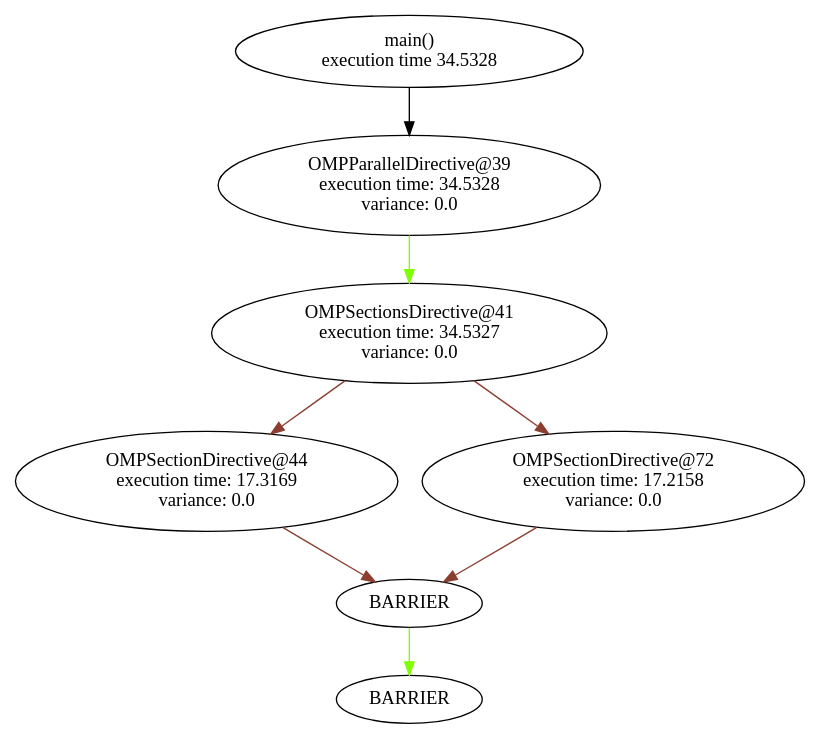
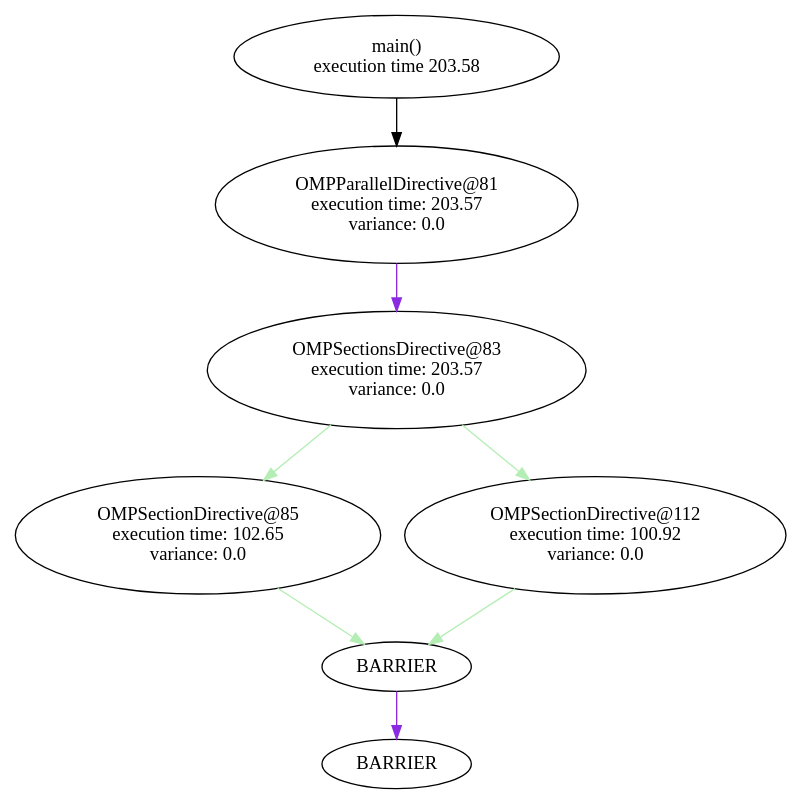
Before and after one commit to filippobrizzi/soma: the diagram in graph_sched/graphs/main_flow.dot, drawn with Graphviz. The commit also changed 50 other files, not shown here.

```diff
--- a/graph_sched/graphs/main_flow.dot
+++ b/graph_sched/graphs/main_flow.dot
@@ -1,52 +1,18 @@
 digraph G {
-	graph [bb="0,0,500,534"];
 	node [label="\N"];
-	35	 [height=0.74639,
-		label="main()\nexecution time 34.5328",
-		pos="250,507",
-		root=35,
-		width=3.0026];
-	39	 [height=1.041,
-		label="OMPParallelDirective@39\nexecution time: 34.5328\nvariance: 0.0",
-		pos="250,406",
-		root=35,
-		width=3.346];
-	35 -> 39	 [pos="e,250,443.63 250,479.99 250,471.91 250,462.75 250,453.72"];
-	41	 [height=1.041,
-		label="OMPSectionsDirective@41\nexecution time: 34.5327\nvariance: 0.0",
-		pos="250,294",
-		root=35,
-		width=3.4507];
-	39 -> 41	 [color=chartreuse,
-		pos="e,250,331.84 250,368.37 250,359.93 250,350.83 250,342.01"];
-	44	 [height=1.041,
-		label="OMPSectionDirective@44\nexecution time: 17.3169\nvariance: 0.0",
-		pos="120,182",
-		root=35,
-		width=3.346];
-	41 -> 44	 [color=coral4,
-		pos="e,160.63,217.38 209.22,258.5 196.28,247.54 181.83,235.32 168.4,223.96"];
-	72	 [height=1.041,
-		label="OMPSectionDirective@72\nexecution time: 17.2158\nvariance: 0.0",
-		pos="380,182",
-		root=35,
-		width=3.346];
-	41 -> 72	 [color=coral4,
-		pos="e,339.37,217.38 290.78,258.5 303.72,247.54 318.17,235.32 331.6,223.96"];
-	"41_end"	 [height=0.5,
-		label=BARRIER,
-		pos="250,90",
-		root=35,
-		width=1.4305];
-	44 -> "41_end"	 [color=coral4,
-		pos="e,227.72,106.42 168.41,147.49 185.42,135.71 204.07,122.8 219.23,112.3"];
-	"39_end"	 [height=0.5,
-		label=BARRIER,
-		pos="250,18",
-		root=35,
-		width=1.4305];
-	"41_end" -> "39_end"	 [color=chartreuse,
-		pos="e,250,36.104 250,71.697 250,63.983 250,54.712 250,46.112"];
-	72 -> "41_end"	 [color=coral4,
-		pos="e,272.28,106.42 331.59,147.49 314.58,135.71 295.93,122.8 280.77,112.3"];
+	graph [bb="0,0,578,582"];
+	62 [label="main()\nexecution time 203.58", root=62, pos="286,551", width="3.3889", height="0.86111"];
+	81 [label="OMPParallelDirective@81\nexecution time: 203.57\nvariance: 0.0", root=62, pos="286,440", width="3.7778", height="1.2222"];
+	83 [label="OMPSectionsDirective@83\nexecution time: 203.57\nvariance: 0.0", root=62, pos="286,316", width="3.9444", height="1.2222"];
+	85 [label="OMPSectionDirective@85\nexecution time: 102.65\nvariance: 0.0", root=62, pos="137,192", width="3.8056", height="1.2222"];
+	"83_end" [label=BARRIER, root=62, pos="286,93", width="1.5556", height="0.51389"];
+	112 [label="OMPSectionDirective@112\nexecution time: 100.92\nvariance: 0.0", root=62, pos="435,192", width="3.9722", height="1.2222"];
+	"81_end" [label=BARRIER, root=62, pos="286,19", width="1.5556", height="0.51389"];
+	62 -> 81 [pos="e,286,484.23 286,519.78 286,511.86 286,503.11 286,494.39"];
+	81 -> 83 [color=blueviolet, pos="e,286,360.34 286,395.93 286,387.72 286,379.04 286,370.56"];
+	83 -> 85 [color=darkseagreen2, pos="e,186.4,233.11 236.39,274.71 222.94,263.52 208.27,251.31 194.43,239.8"];
+	85 -> "83_end" [color=darkseagreen2, pos="e,260.83,109.72 196.75,152.3 215.6,139.78 235.77,126.38 252.15,115.49"];
+	83 -> 112 [color=darkseagreen2, pos="e,385.35,233.32 335.61,274.71 348.99,263.58 363.57,251.44 377.35,239.98"];
+	112 -> "83_end" [color=darkseagreen2, pos="e,311.01,109.62 374.83,152.02 356.02,139.52 335.94,126.18 319.64,115.35"];
+	"83_end" -> "81_end" [color=blueviolet, pos="e,286,37.667 286,74.327 286,66.264 286,56.648 286,47.711"];
 }
```
